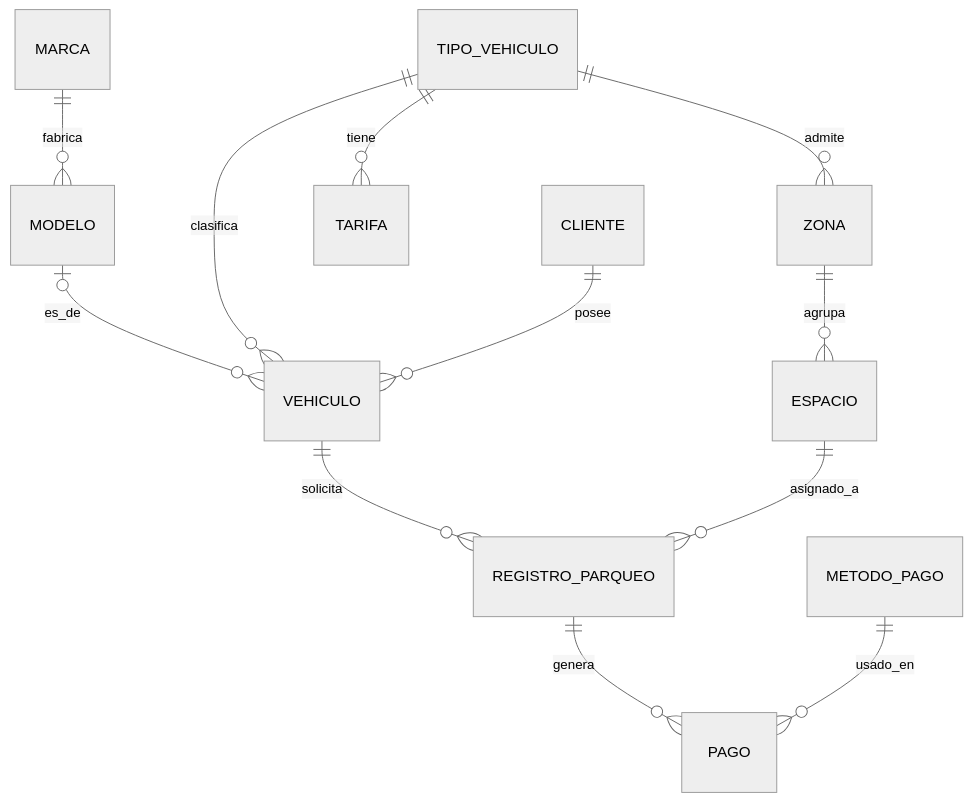
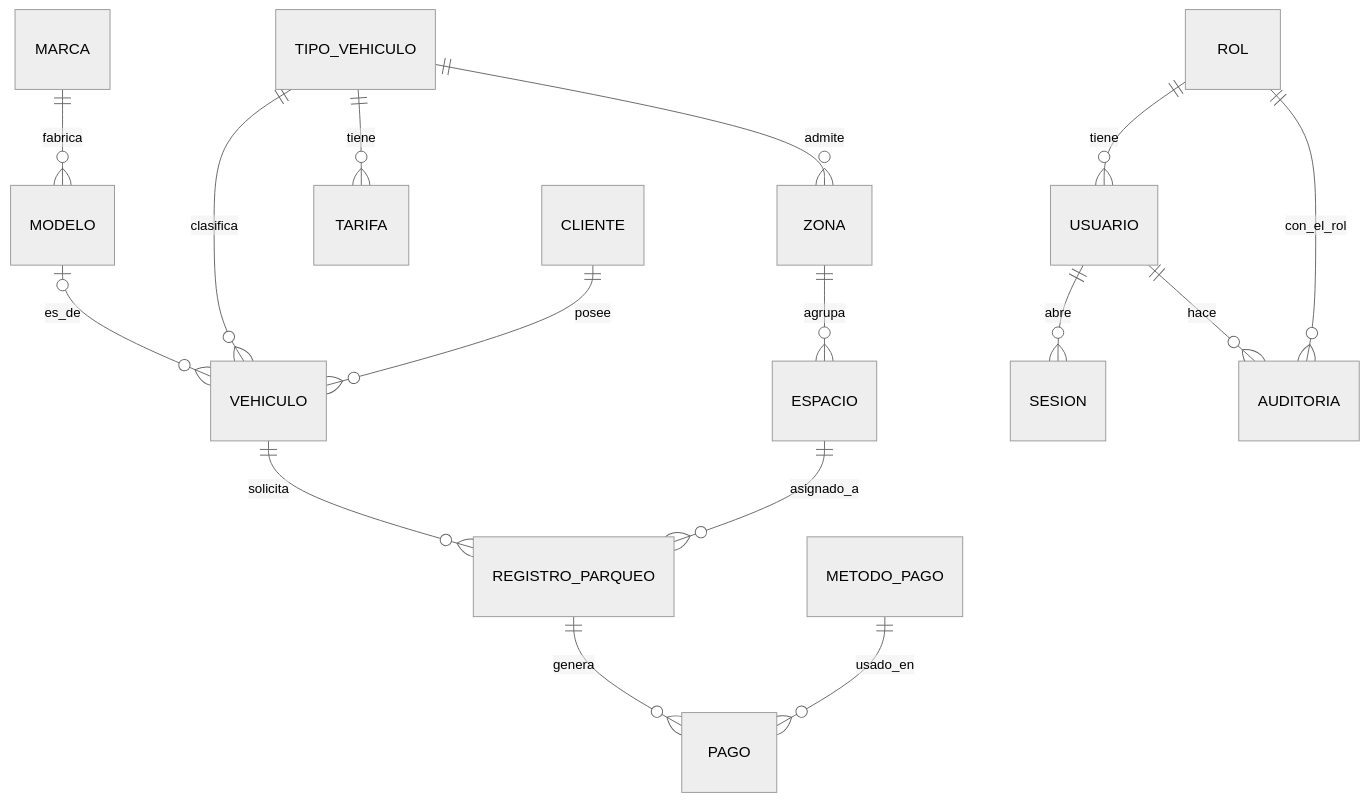
Before and after one commit to San-0731/ParqueaderoProyBD: the diagram in documentacion/especificacion_bd_parqueadero.md, drawn with Mermaid (neutral theme). The commit also changed other lines of this file and 6 other files, not shown here.

````diff
--- a/documentacion/especificacion_bd_parqueadero.md
+++ b/documentacion/especificacion_bd_parqueadero.md
@@ -25,14 +28,18 @@
 ```mermaid
 erDiagram
   MARCA ||--o{ MODELO : fabrica
   MODELO |o--o{ VEHICULO : es_de
   TIPO_VEHICULO ||--o{ VEHICULO : clasifica
   TIPO_VEHICULO ||--o{ ZONA : admite
   ZONA ||--o{ ESPACIO : agrupa
   TIPO_VEHICULO ||--o{ TARIFA : tiene
   CLIENTE ||--o{ VEHICULO : posee
   VEHICULO ||--o{ REGISTRO_PARQUEO : solicita
   ESPACIO ||--o{ REGISTRO_PARQUEO : asignado_a
   REGISTRO_PARQUEO ||--o{ PAGO : genera
   METODO_PAGO ||--o{ PAGO : usado_en
+  ROL ||--o{ USUARIO : tiene
+  USUARIO ||--o{ SESION : abre
+  USUARIO ||--o{ AUDITORIA : hace
+  ROL ||--o{ AUDITORIA : con_el_rol
 ```
````
